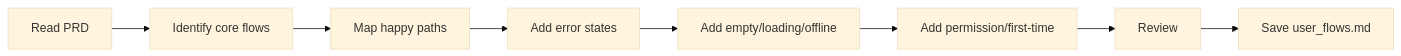
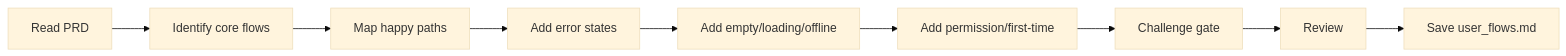
The diagram in skills/ux-flow-map/SKILL.md (ai-driven-dev/framework), drawn with Mermaid (base theme) before and after one commit. The commit also changed other lines of this file and 22 other files, not shown here.

````diff
--- a/skills/ux-flow-map/SKILL.md
+++ b/skills/ux-flow-map/SKILL.md
@@ -34,4 +35,4 @@
 ```mermaid
 flowchart LR
-    A[Read PRD] --> B[Identify core flows] --> C[Map happy paths] --> D[Add error states] --> E[Add empty/loading/offline] --> F[Add permission/first-time] --> G[Review] --> H[Save user_flows.md]
+    A[Read PRD] --> B[Identify core flows] --> C[Map happy paths] --> D[Add error states] --> E[Add empty/loading/offline] --> F[Add permission/first-time] --> G[Challenge gate] --> H[Review] --> I[Save user_flows.md]
 ```
````
